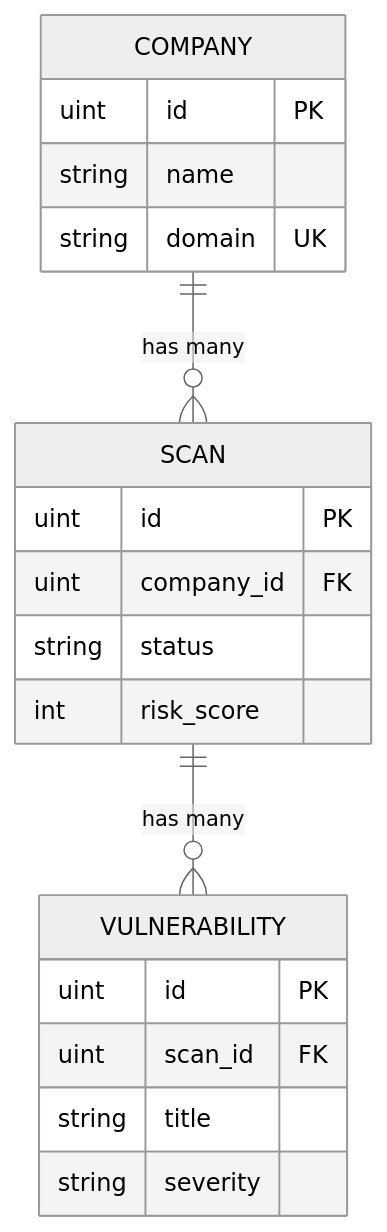
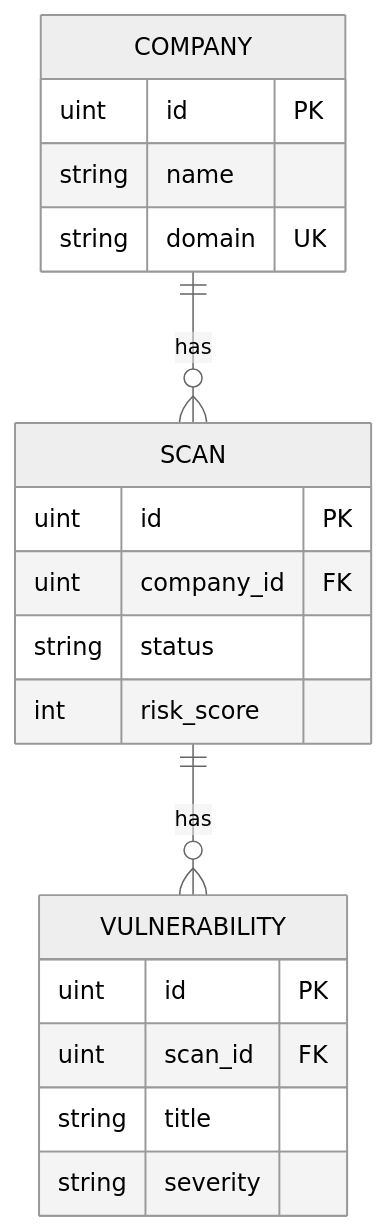
The fifth of 5 diagrams in README.md (ChakerYaakoub/CyberWatch), drawn with Mermaid (neutral theme) before and after one commit. The commit also changed other lines of this file and 7 other files, not shown here.

Commit message:
fix(docs): rewrite README for current stack and add planned architecture

````diff
--- a/README.md
+++ b/README.md
@@ -210,25 +178,23 @@
 ```mermaid
 erDiagram
-  COMPANY ||--o{ SCAN : "has many"
-  SCAN ||--o{ VULNERABILITY : "has many"
+  COMPANY ||--o{ SCAN : has
+  SCAN ||--o{ VULNERABILITY : has
 
   COMPANY {
     uint id PK
     string name
     string domain UK
   }
-
   SCAN {
     uint id PK
     uint company_id FK
     string status
     int risk_score
   }
-
   VULNERABILITY {
     uint id PK
     uint scan_id FK
     string title
     string severity
   }
 ```
````
